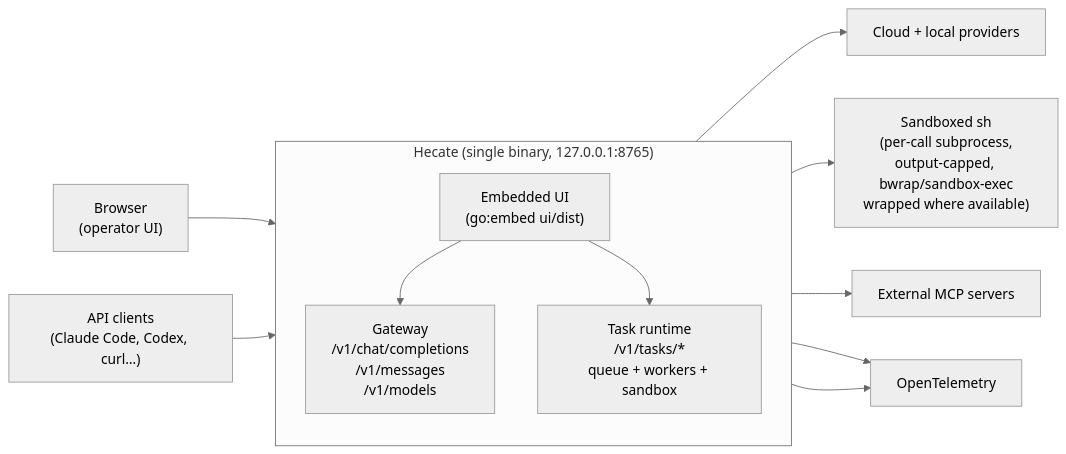
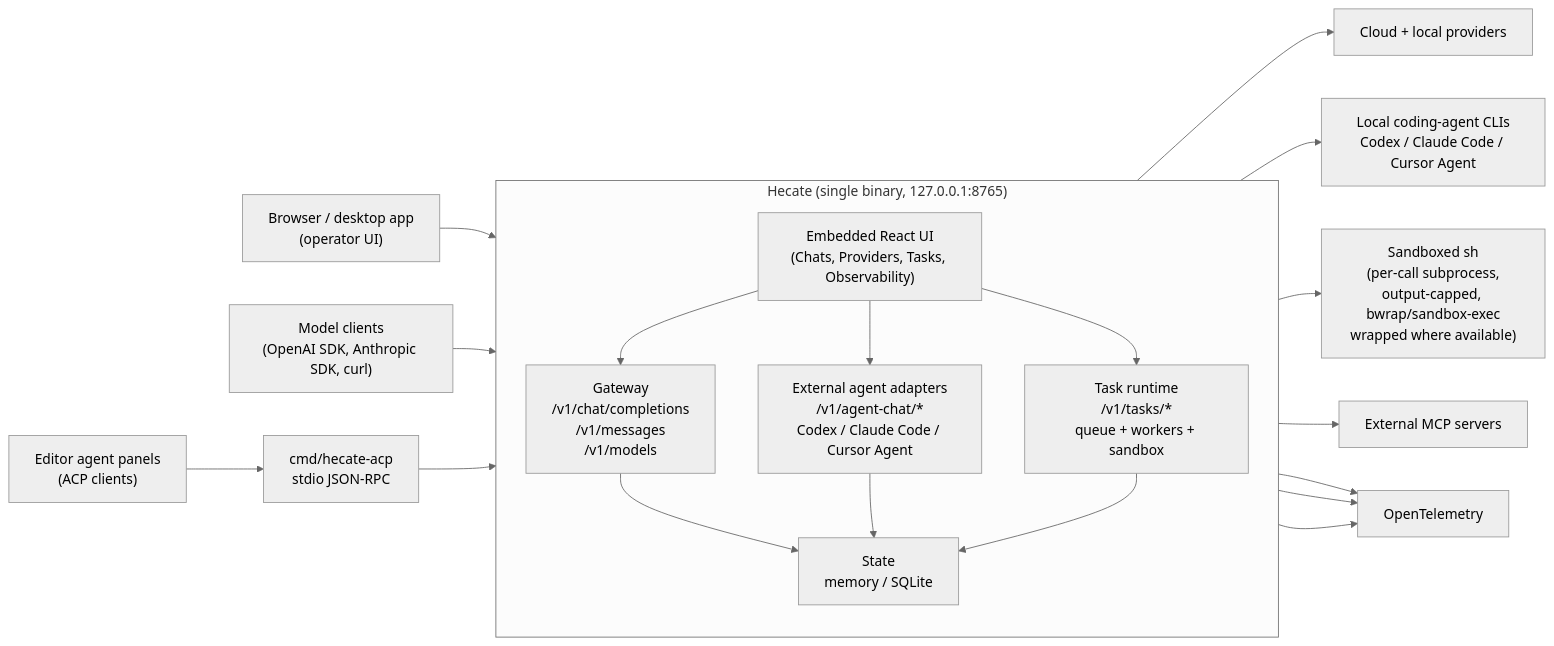
Before and after one commit to hecatehq/hecate: the diagram in README.md, drawn with Mermaid (neutral theme). The commit also changed other lines of this file, not shown here.

Commit message:
docs(readme): document external agents and refresh architecture

````diff
--- a/README.md
+++ b/README.md
@@ -95,23 +101,37 @@
 ```mermaid
 flowchart LR
-    Browser["Browser<br/>(operator UI)"]
-    APIClients["API clients<br/>(Claude Code, Codex, curl…)"]
+    Browser["Browser / desktop app<br/>(operator UI)"]
+    ModelClients["Model clients<br/>(OpenAI SDK, Anthropic SDK, curl)"]
+    EditorClients["Editor agent panels<br/>(ACP clients)"]
 
     subgraph Hecate["Hecate (single binary, 127.0.0.1:8765)"]
         direction TB
+        UI["Embedded React UI<br/>(Chats, Providers, Tasks, Observability)"]
         Gateway["Gateway<br/>/v1/chat/completions<br/>/v1/messages<br/>/v1/models"]
+        AgentChat["External agent adapters<br/>/v1/agent-chat/*<br/>Codex / Claude Code / Cursor Agent"]
         Runtime["Task runtime<br/>/v1/tasks/*<br/>queue + workers + sandbox"]
-        UI["Embedded UI<br/>(go:embed ui/dist)"]
+        State["State<br/>memory / SQLite"]
     end
 
+    ACP["cmd/hecate-acp<br/>stdio JSON-RPC"]
+
     Browser --> UI
+    ModelClients --> Gateway
+    EditorClients --> ACP
+    ACP --> Runtime
+
     UI --> Gateway
+    UI --> AgentChat
     UI --> Runtime
-    APIClients --> Gateway
 
     Gateway --> Providers["Cloud + local providers"]
+    AgentChat --> ExternalAgents["Local coding-agent CLIs<br/>Codex / Claude Code / Cursor Agent"]
     Runtime --> Sandbox["Sandboxed sh<br/>(per-call subprocess,<br/>output-capped, bwrap/sandbox-exec<br/>wrapped where available)"]
     Runtime --> MCP["External MCP servers"]
+    Gateway --> State
+    AgentChat --> State
+    Runtime --> State
     Gateway --> OTel["OpenTelemetry"]
+    AgentChat --> OTel
     Runtime --> OTel
 ```
````
